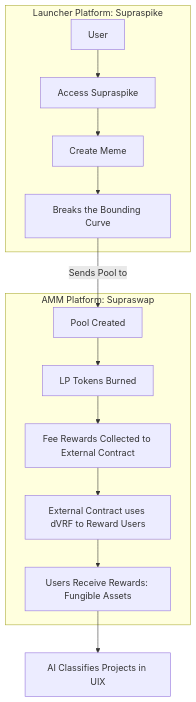
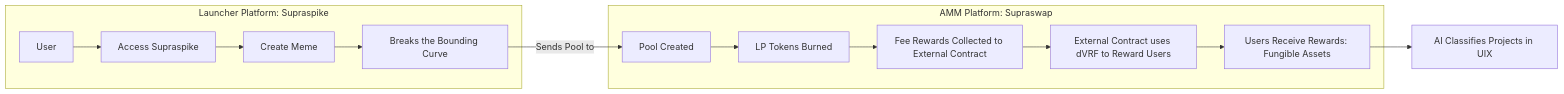
One commit to SNABUR/Spike_Contracts changed the first of 2 diagrams in README.md. Above: the diagram before and after it, drawn with Mermaid.

````diff
--- a/README.md
+++ b/README.md
@@ -120,32 +120,26 @@
 ```mermaid
-graph TD
-    %% AMM Platform: Supraswap (left)
+graph LR
+    %% Launcher Platform: Supraspike (right side)
+    subgraph Launcher [Launcher Platform: Supraspike]
+        A[User] --> B[Access Supraspike]
+        B --> C[Create Meme]
+        C --> D[Breaks the Bounding Curve]
+    end
+
+    %% AMM Platform: Supraswap (left side)
     subgraph AMM [AMM Platform: Supraswap]
         E[Pool Created]
-        F[LP Tokens Burned]
-        G[Fee Rewards Collected to External Contract]
-        H[External Contract uses dVRF to Reward Users]
-        I[Users Receive Rewards: Fungible Assets]
+        E --> F[LP Tokens Burned]
+        F --> G[Fee Rewards Collected to External Contract]
+        G --> H[External Contract uses dVRF to Reward Users]
+        H --> I[Users Receive Rewards: Fungible Assets]
     end
 
-    %% Launcher Platform: Supraspike (right)
-    subgraph Launcher [Launcher Platform: Supraspike]
-        A[User]
-        B[Access Supraspike]
-        C[Create Meme]
-        D[Breaks the Bounding Curve]
-    end
+    %% Connecting flow from Launcher to AMM
+    D -- Sends Pool to --> E
 
-    %% Flow connecting Launcher to AMM
-    A --> B
-    B --> C
-    C --> D
-    D -- Sends Pool to --> E
-    E --> F
-    F --> G
-    G --> H
-    H --> I
+    %% Final classification step
     I --> J[AI Classifies Projects in UIX]
 
 
 ```
````
